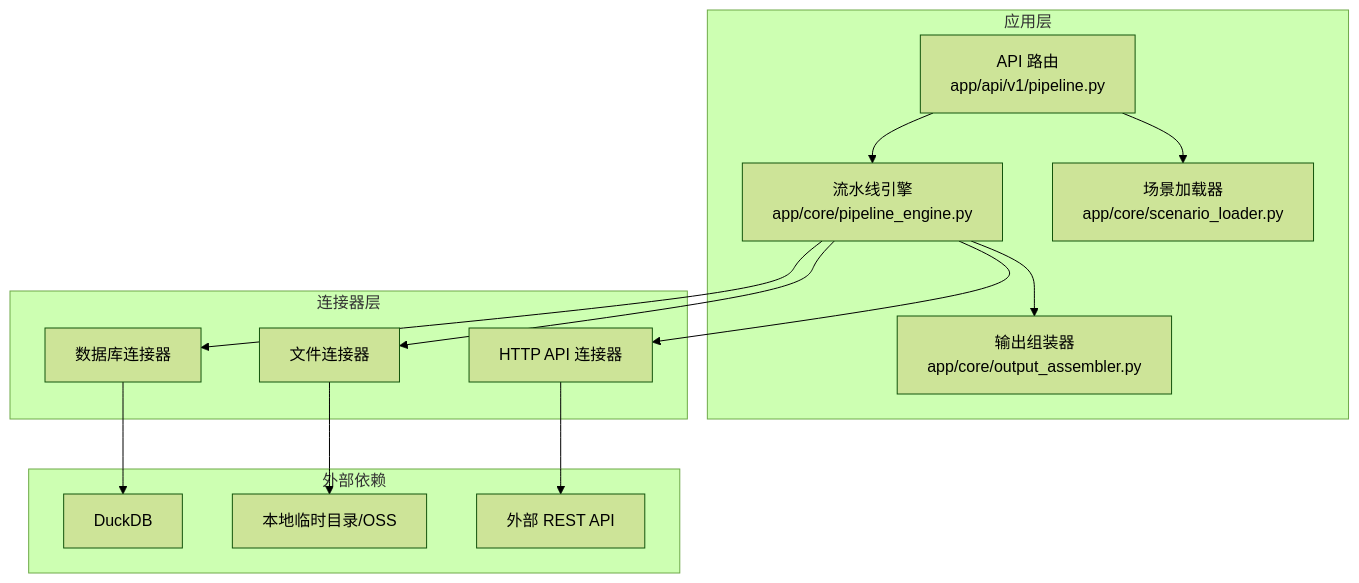
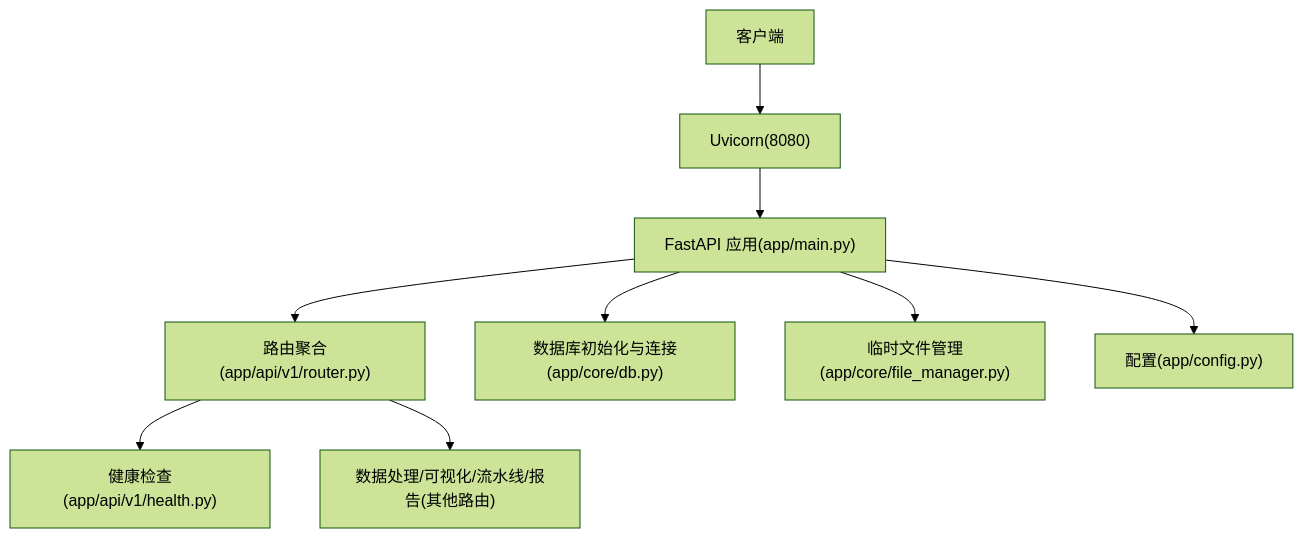
The first of 6 diagrams in .qoder/repowiki/zh/content/部署指南.md (liang996plus/qoder_cn), drawn with Mermaid (forest theme) before and after one commit. The commit also changed other lines of this file and 100 other files, not shown here.

````diff
--- a/.qoder/repowiki/zh/content/部署指南.md
+++ b/.qoder/repowiki/zh/content/部署指南.md
@@ -37,28 +45,11 @@
 ```mermaid
 graph TB
-subgraph "应用层"
-API["API 路由<br/>app/api/v1/pipeline.py"]
-Engine["流水线引擎<br/>app/core/pipeline_engine.py"]
-Loader["场景加载器<br/>app/core/scenario_loader.py"]
-Assembler["输出组装器<br/>app/core/output_assembler.py"]
-end
-subgraph "连接器层"
-DBConn["数据库连接器"]
-APIConn["HTTP API 连接器"]
-FileConn["文件连接器"]
-end
-subgraph "外部依赖"
-DuckDB["DuckDB"]
-Storage["本地临时目录/OSS"]
-ExtAPI["外部 REST API"]
-end
-API --> Loader
-API --> Engine
-Engine --> DBConn
-Engine --> APIConn
-Engine --> FileConn
-Engine --> Assembler
-DBConn --> DuckDB
-FileConn --> Storage
-APIConn --> ExtAPI
+A["客户端"] --> B["Uvicorn(8080)"]
+B --> C["FastAPI 应用(app/main.py)"]
+C --> D["路由聚合(app/api/v1/router.py)"]
+D --> E["健康检查(app/api/v1/health.py)"]
+D --> F["数据处理/可视化/流水线/报告(其他路由)"]
+C --> G["数据库初始化与连接(app/core/db.py)"]
+C --> H["临时文件管理(app/core/file_manager.py)"]
+C --> I["配置(app/config.py)"]
 ```
````
